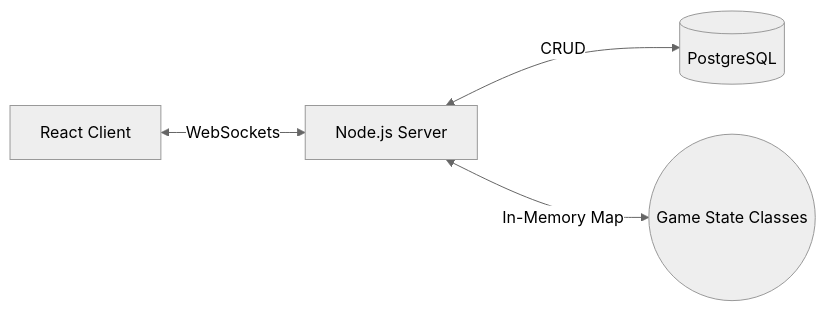
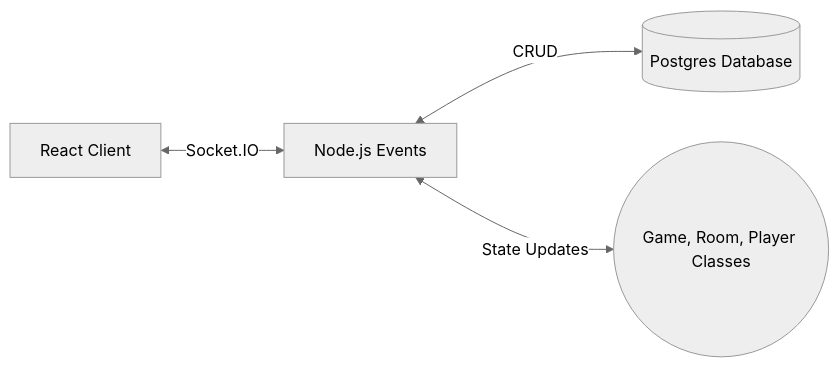
One commit to devvarshney45/skribbl-clone changed the diagram in README.md. Above: the diagram before and after it, drawn with Mermaid (neutral theme). The commit also changed other lines of this file, not shown here.

````diff
--- a/README.md
+++ b/README.md
@@ -51,6 +45,6 @@
 ```mermaid
 graph LR
-    C[React Client] <-->|WebSockets| S[Node.js Server]
-    S <-->|CRUD| DB[(PostgreSQL)]
-    S <-->|In-Memory Map| M((Game State Classes))
+    C[React Client] <-->|Socket.IO| S[Node.js Events]
+    S <-->|CRUD| DB[(Postgres Database)]
+    S <-->|State Updates| M((Game, Room, Player Classes))
 ```
````
